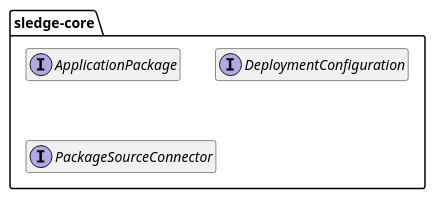
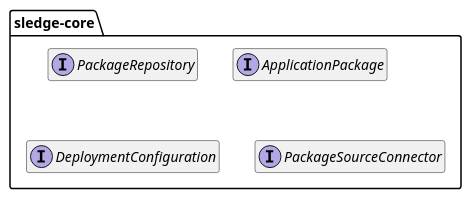
One commit to unic/sledge changed the diagram in docs/src/main/plantuml/building-block-core-diagram.puml. Above: the diagram before and after it, drawn with PlantUML. The commit also changed 44 other files, not shown here.

```diff
--- a/docs/src/main/plantuml/building-block-core-diagram.puml
+++ b/docs/src/main/plantuml/building-block-core-diagram.puml
@@ -1,11 +1,12 @@
 @startuml
 
 package "sledge-core" as core {
+	interface PackageRepository
 	interface ApplicationPackage
 	interface DeploymentConfiguration
 	interface PackageSourceConnector
 }
 
 hide members
 
 @enduml
```
